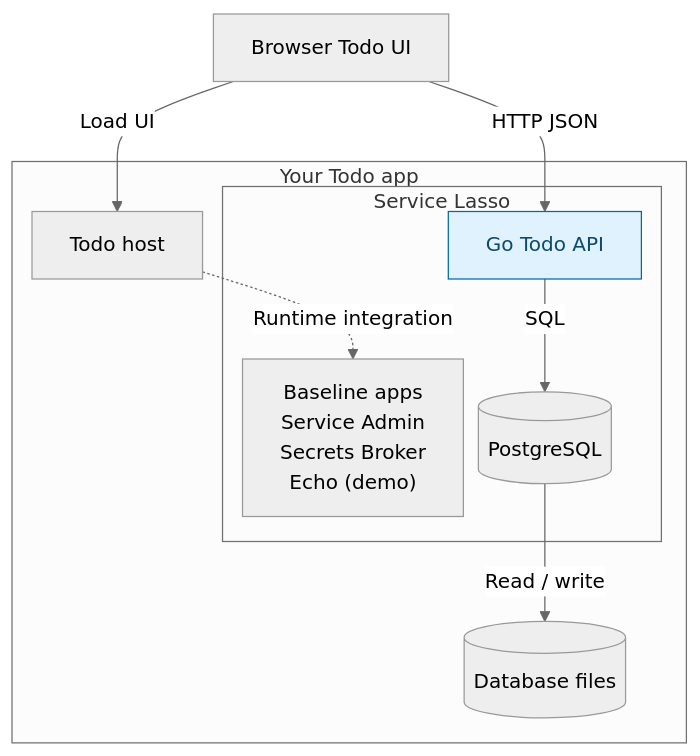
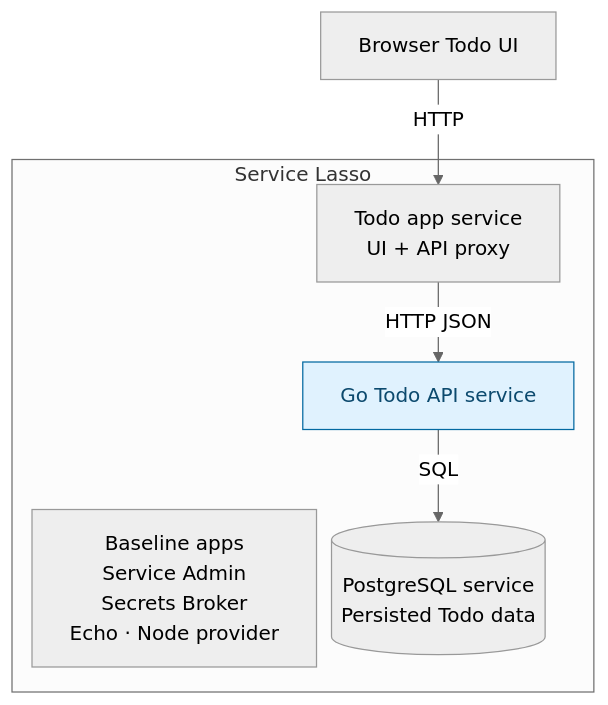
One commit to service-lasso/service-lasso changed the diagram in docs/getting-started/advanced-add-go-todo-api-service.md. Above: the diagram before and after it, drawn with Mermaid (neutral theme). The commit also changed other lines of this file and 18 other files, not shown here.

Commit message:
docs(1658): teach runnable managed Todo service progression

````diff
--- a/docs/getting-started/advanced-add-go-todo-api-service.md
+++ b/docs/getting-started/advanced-add-go-todo-api-service.md
@@ -20,23 +19,18 @@
 ```mermaid
 %%{init: {"flowchart": {"nodeSpacing": 12, "rankSpacing": 40}}}%%
 flowchart TB
-  accTitle: Stage 3: Todo application and managed services
-  accDescr: The Todo application owns its host and storage. Service Lasso manages Service Admin, Secrets Broker and Echo, with PostgreSQL added in stage 2 and a Go Todo API added in stage 3. Local JSON and database files are storage, not services.
+  accTitle: Stage 3: Add a managed Go API
+  accDescr: Service Lasso manages the Todo app from stage one alongside baseline apps. Stage two adds PostgreSQL. Stage three adds a Go API between the Todo service and database. JSON storage belongs to the Todo service and is not a separate service.
   browser["Browser Todo UI"]
-  subgraph app["Your Todo app"]
-    host["Todo host"]
-    subgraph lasso["Service Lasso"]
-      baseline["Baseline apps<br/>Service Admin<br/>Secrets Broker<br/>Echo (demo)"]
-      api["Go Todo API"]
-      db[("PostgreSQL")]
-    end
-    data[("Database files")]
+  subgraph lasso["Service Lasso"]
+    baseline["Baseline apps<br/>Service Admin<br/>Secrets Broker<br/>Echo · Node provider"]
+    todo["Todo app service<br/>UI + API proxy"]
+    api["Go Todo API service"]
+    db[("PostgreSQL service<br/>Persisted Todo data")]
   end
-  browser -->|Load UI| host
-  browser -->|HTTP JSON| api
+  browser -->|HTTP| todo
+  todo -->|HTTP JSON| api
   api -->|SQL| db
-  db -->|Read / write| data
-  host -. Runtime integration .-> baseline
   classDef added fill:#e0f2fe,stroke:#0369a1,color:#0c4a6e
   class api added
 ```
````
